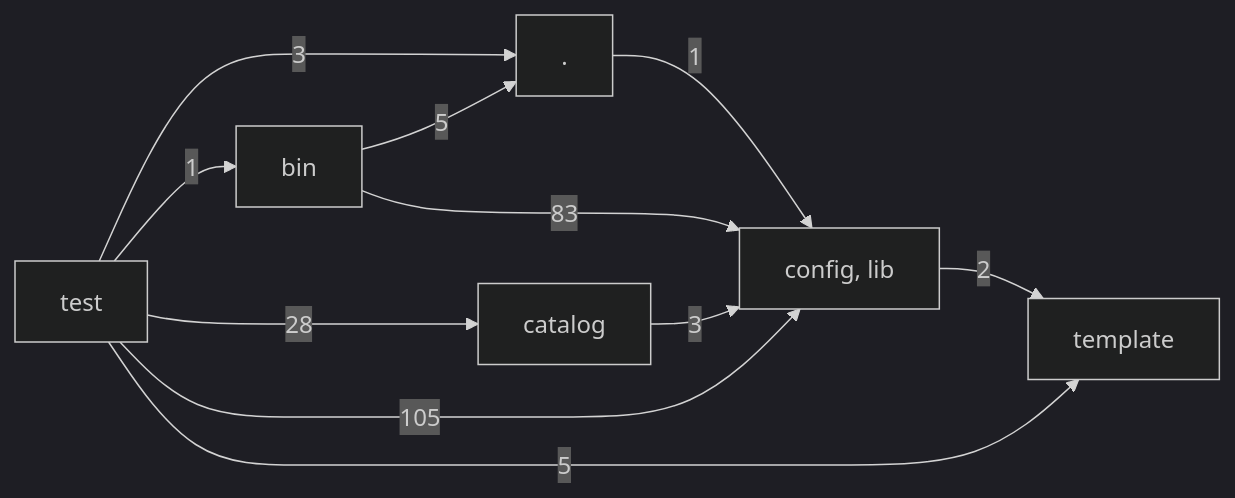
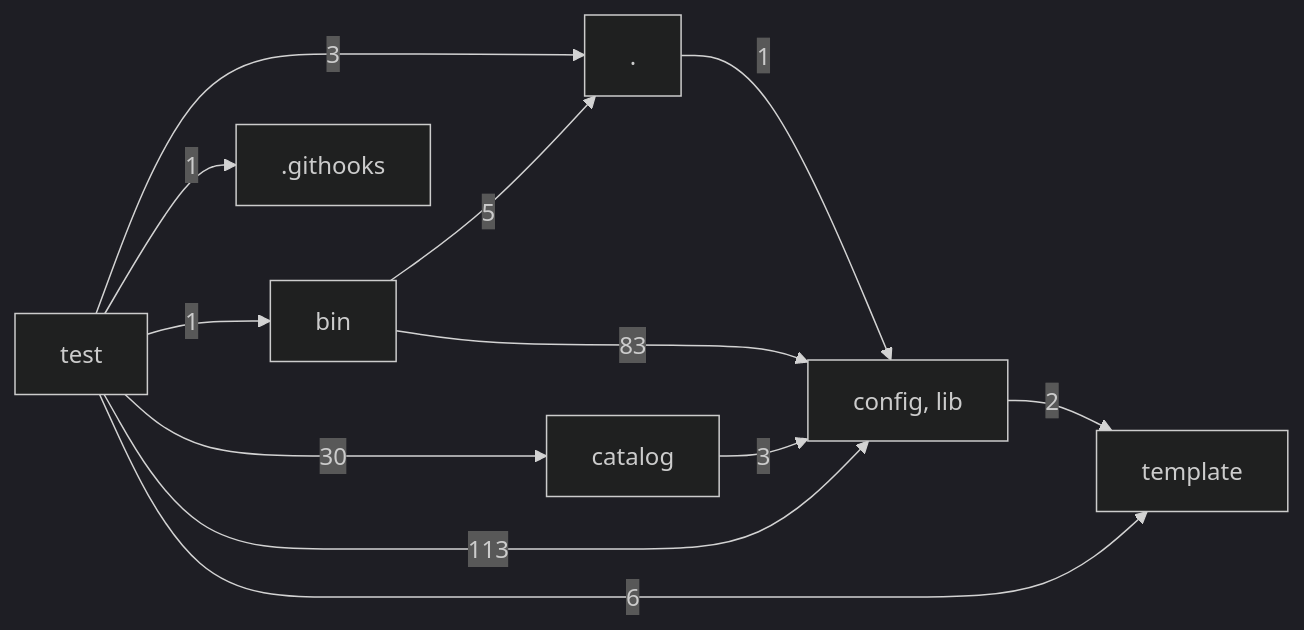
The diagram in docs/architecture/layers.md (hackersandwizards/scaffolding), drawn with Mermaid (dark theme) before and after one commit. The commit also changed 29 other files, not shown here.

````diff
--- a/docs/architecture/layers.md
+++ b/docs/architecture/layers.md
@@ -3,19 +3,21 @@
 ```mermaid
 graph LR
   L0["."]
-  L1["bin"]
-  L2["catalog"]
-  L3["config, lib"]
-  L4["template"]
-  L5["test"]
-  L0 -->|1| L3
-  L1 -->|5| L0
-  L1 -->|83| L3
-  L2 -->|3| L3
-  L3 -->|2| L4
-  L5 -->|3| L0
-  L5 -->|1| L1
-  L5 -->|28| L2
-  L5 -->|105| L3
-  L5 -->|5| L4
+  L1[".githooks"]
+  L2["bin"]
+  L3["catalog"]
+  L4["config, lib"]
+  L5["template"]
+  L6["test"]
+  L0 -->|1| L4
+  L2 -->|5| L0
+  L2 -->|83| L4
+  L3 -->|3| L4
+  L4 -->|2| L5
+  L6 -->|3| L0
+  L6 -->|1| L1
+  L6 -->|1| L2
+  L6 -->|30| L3
+  L6 -->|113| L4
+  L6 -->|6| L5
 ```
````
